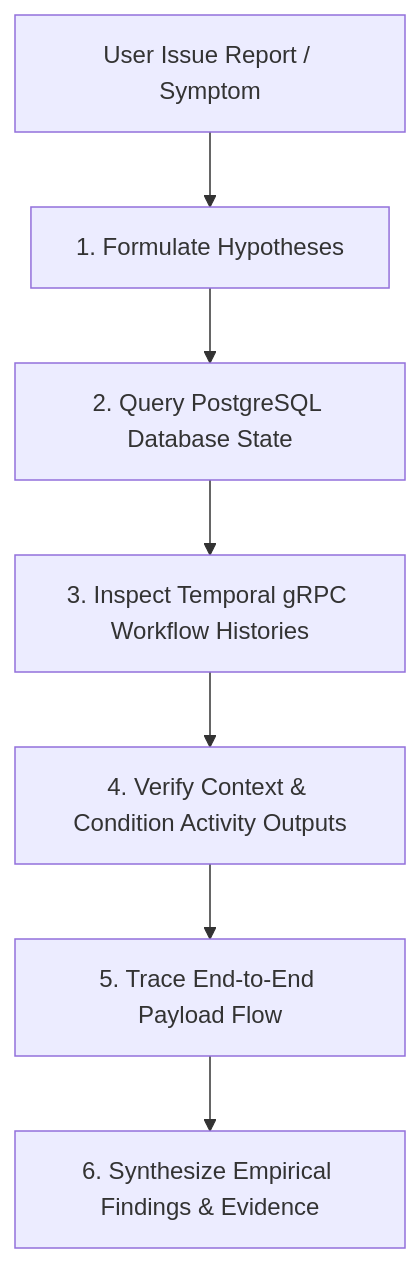
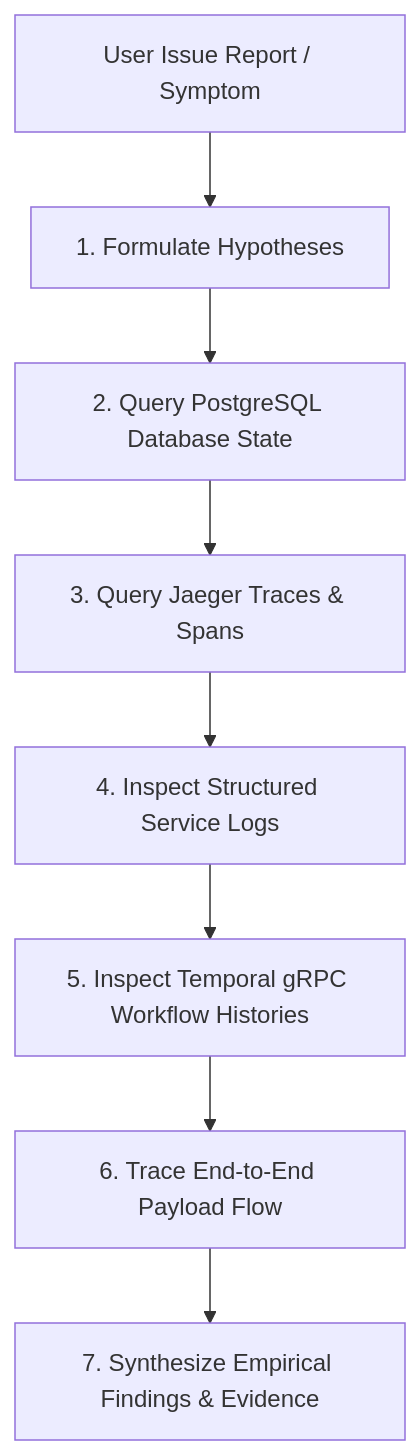
One commit to temporal-sa/journey-platform changed the diagram in .agents/skills/investigate-system-issues/SKILL.md. Above: the diagram before and after it, drawn with Mermaid. The commit also changed other lines of this file and 55 other files, not shown here.

Commit message:
feat(runtime): extract BehaviorInjector, add activity latency simulation, wire OTel Jaeger tracing and refine ConditionBuilder UI

````diff
--- a/.agents/skills/investigate-system-issues/SKILL.md
+++ b/.agents/skills/investigate-system-issues/SKILL.md
@@ -17,9 +17,10 @@
 ```mermaid
 flowchart TD
     A["User Issue Report / Symptom"] --> B["1. Formulate Hypotheses"]
     B --> C["2. Query PostgreSQL Database State"]
-    C --> D["3. Inspect Temporal gRPC Workflow Histories"]
-    D --> E["4. Verify Context & Condition Activity Outputs"]
-    E --> F["5. Trace End-to-End Payload Flow"]
-    F --> G["6. Synthesize Empirical Findings & Evidence"]
+    C --> D["3. Query Jaeger Traces & Spans"]
+    D --> E["4. Inspect Structured Service Logs"]
+    E --> F["5. Inspect Temporal gRPC Workflow Histories"]
+    F --> G["6. Trace End-to-End Payload Flow"]
+    G --> H["7. Synthesize Empirical Findings & Evidence"]
 ```
````
